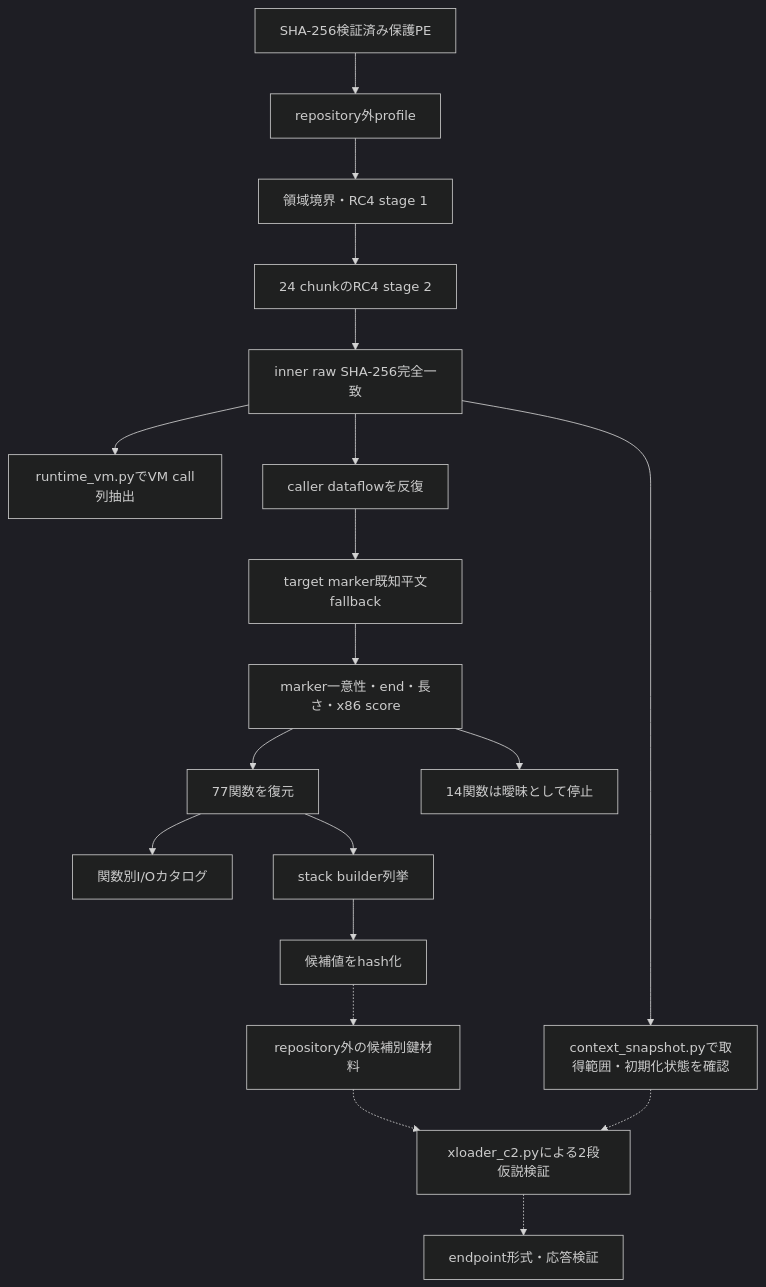
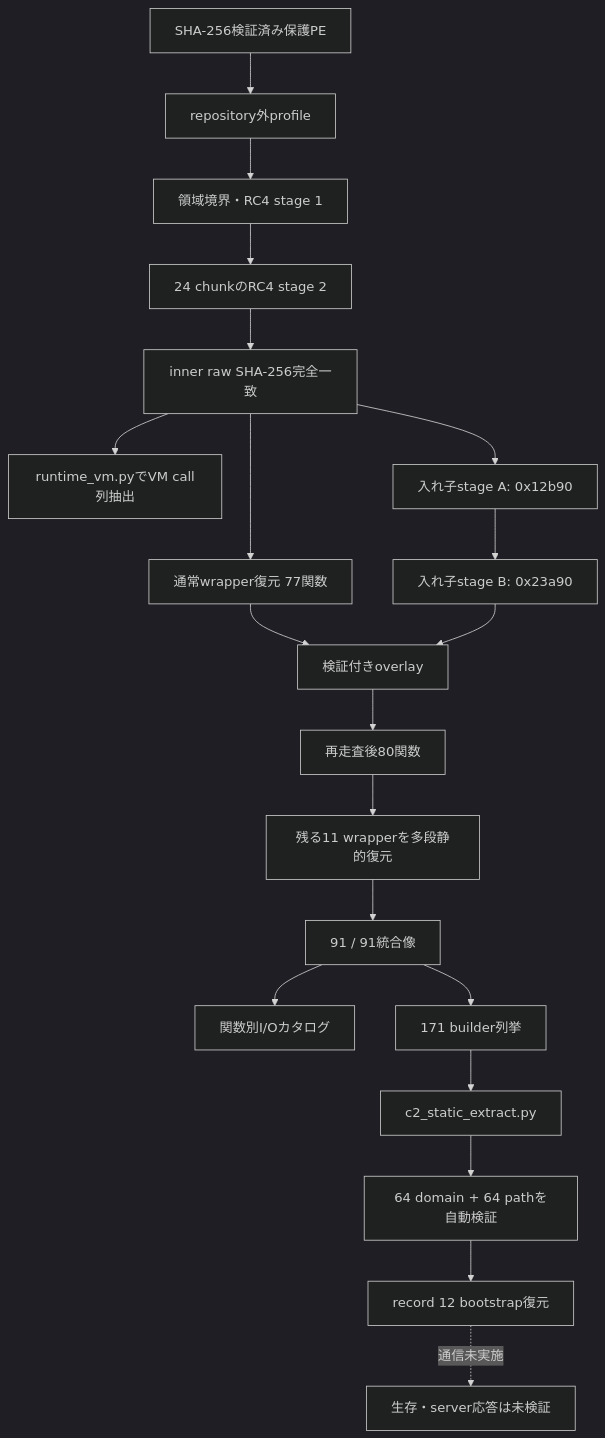
One commit to proshiba/AI-security-analysis changed the fourth of 4 diagrams in analysis-results/malware/guloader/versions/unknown/cases/8d96249aa92bee27d9ac8ffa8e32e3f8dd3a5c77cbe541b1d0cc97f37e962a1e/OVERALL-LOGIC.md. Above: the diagram before and after it, drawn with Mermaid (dark theme). The commit also changed other lines of this file and 66 other files, not shown here.

````diff
--- a/analysis-results/malware/guloader/versions/unknown/cases/8d96249aa92bee27d9ac8ffa8e32e3f8dd3a5c77cbe541b1d0cc97f37e962a1e/OVERALL-LOGIC.md
+++ b/analysis-results/malware/guloader/versions/unknown/cases/8d96249aa92bee27d9ac8ffa8e32e3f8dd3a5c77cbe541b1d0cc97f37e962a1e/OVERALL-LOGIC.md
@@ -81,21 +83,22 @@
 ```mermaid
 flowchart TD
     input["SHA-256検証済み保護PE"] --> profile["repository外profile"]
     profile --> stage1["領域境界・RC4 stage 1"]
     stage1 --> stage2["24 chunkのRC4 stage 2"]
     stage2 --> hash["inner raw SHA-256完全一致"]
     hash --> vm["runtime_vm.pyでVM call列抽出"]
-    hash --> dataflow["caller dataflowを反復"]
-    dataflow --> marker["target marker既知平文fallback"]
-    marker --> validate["marker一意性・end・長さ・x86 score"]
-    validate --> recovered["77関数を復元"]
-    validate --> unresolved["14関数は曖昧として停止"]
+    hash --> regular["通常wrapper復元 77関数"]
+    hash --> nestedA["入れ子stage A: 0x12b90"]
+    nestedA --> nestedB["入れ子stage B: 0x23a90"]
+    regular --> overlay["検証付きoverlay"]
+    nestedB --> overlay
+    overlay --> phase80["再走査後80関数"]
+    phase80 --> multistage["残る11 wrapperを多段静的復元"]
+    multistage --> recovered["91 / 91統合像"]
     recovered --> catalog["関数別I/Oカタログ"]
-    recovered --> builder_scan["stack builder列挙"]
-    builder_scan --> candidate_hash["候補値をhash化"]
-    candidate_hash -.-> private_keys["repository外の候補別鍵材料"]
-    private_keys -.-> c2_recovery["xloader_c2.pyによる2段仮説検証"]
-    hash --> context_check["context_snapshot.pyで取得範囲・初期化状態を確認"]
-    context_check -.-> c2_recovery
-    c2_recovery -.-> endpoint_check["endpoint形式・応答検証"]
+    recovered --> builder_scan["171 builder列挙"]
+    builder_scan --> c2_static["c2_static_extract.py"]
+    c2_static --> inventory["64 domain + 64 pathを自動検証"]
+    inventory --> bootstrap["record 12 bootstrap復元"]
+    bootstrap -. "通信未実施" .-> endpoint_check["生存・server応答は未検証"]
 ```
````
